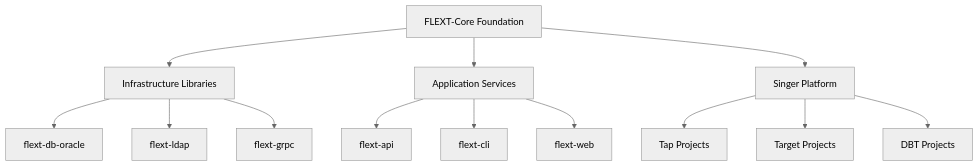
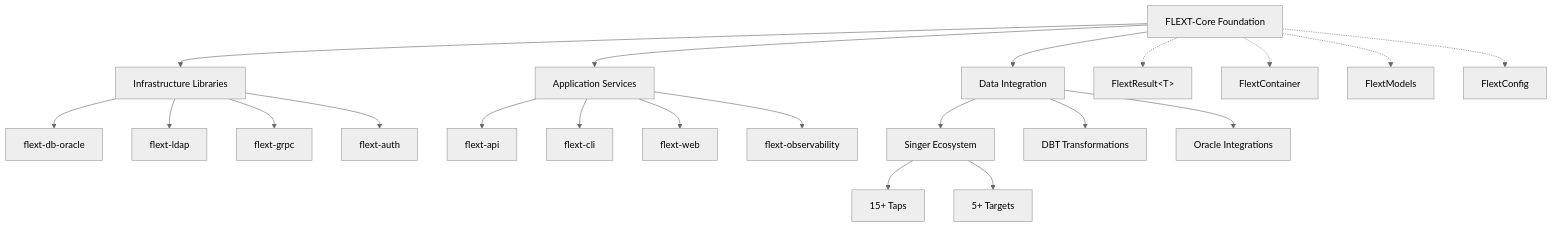
One commit to flext-sh/flext-core changed the diagram in README.md. Above: the diagram before and after it, drawn with Mermaid (neutral theme). The commit also changed other lines of this file and 42 other files, not shown here.

````diff
--- a/README.md
+++ b/README.md
@@ -57,18 +48,28 @@
 ```mermaid
 graph TB
-    Core[FLEXT-Core Foundation] --> Infra[Infrastructure Libraries]
-    Core --> Apps[Application Services]
-    Core --> Singer[Singer Platform]
+    Core[FLEXT-Core Foundation] --> Infrastructure[Infrastructure Libraries]
+    Core --> Applications[Application Services]
+    Core --> Integration[Data Integration]
 
-    Infra --> DB[flext-db-oracle]
-    Infra --> LDAP[flext-ldap]
-    Infra --> GRPC[flext-grpc]
+    Infrastructure --> DB[flext-db-oracle]
+    Infrastructure --> LDAP[flext-ldap]
+    Infrastructure --> GRPC[flext-grpc]
+    Infrastructure --> Auth[flext-auth]
 
-    Apps --> API[flext-api]
-    Apps --> CLI[flext-cli]
-    Apps --> Web[flext-web]
+    Applications --> API[flext-api]
+    Applications --> CLI[flext-cli]
+    Applications --> Web[flext-web]
+    Applications --> Obs[flext-observability]
 
-    Singer --> Taps[Tap Projects]
-    Singer --> Targets[Target Projects]
-    Singer --> DBT[DBT Projects]
+    Integration --> Singer[Singer Ecosystem]
+    Integration --> DBT[DBT Transformations]
+    Integration --> Oracle[Oracle Integrations]
+
+    Singer --> Taps[15+ Taps]
+    Singer --> Targets[5+ Targets]
+
+    Core -.-> FlextResult[FlextResult&lt;T&gt;]
+    Core -.-> Container[FlextContainer]
+    Core -.-> Models[FlextModels]
+    Core -.-> Config[FlextConfig]
 ```
````
